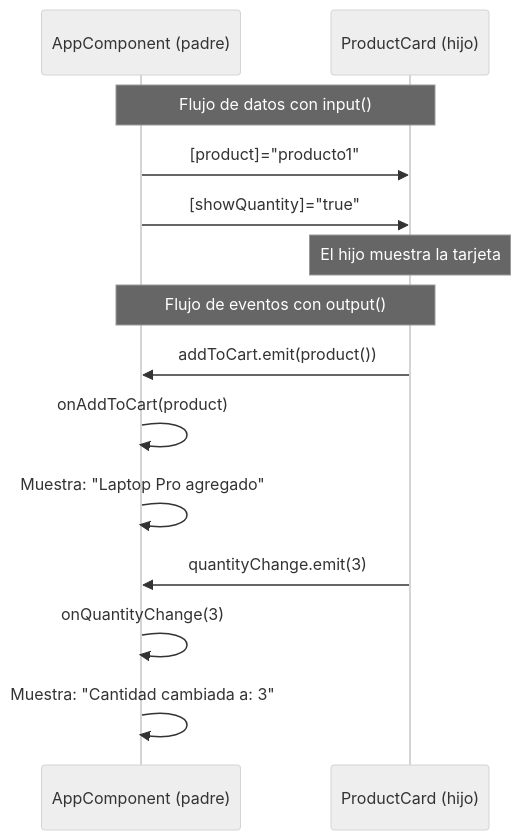
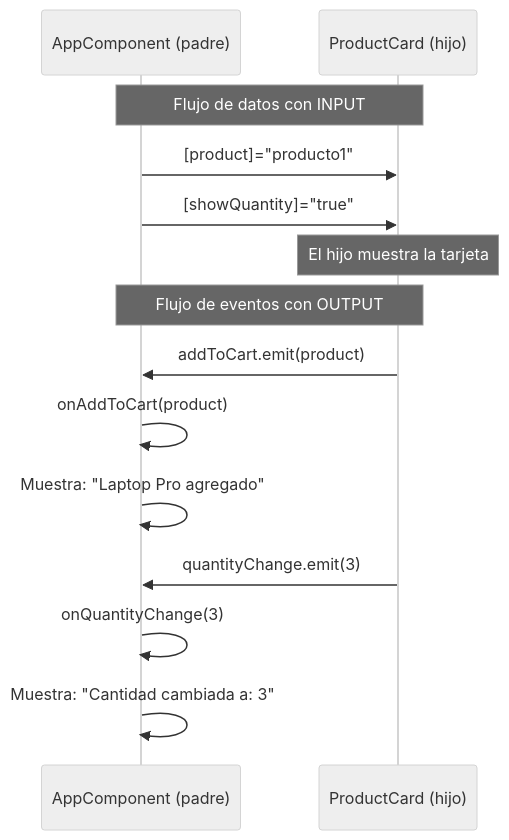
Before and after one commit to edgardo001/angular-mastery-roadmap: the seventh of 7 diagrams in 03-componentes-input/README.md, drawn with Mermaid (neutral theme). The commit also changed other lines of this file and 2 other files, not shown here.

````diff
--- a/03-componentes-input/README.md
+++ b/03-componentes-input/README.md
@@ -322,22 +322,22 @@
 ```mermaid
 sequenceDiagram
     participant P as AppComponent (padre)
     participant H as ProductCard (hijo)
 
-    Note over P,H: Flujo de datos con input()
+    Note over P,H: Flujo de datos con INPUT
 
     P->>H: [product]="producto1"
     P->>H: [showQuantity]="true"
 
     Note over H: El hijo muestra la tarjeta
 
-    Note over P,H: Flujo de eventos con output()
+    Note over P,H: Flujo de eventos con OUTPUT
 
-    H->>P: addToCart.emit(product())
+    H->>P: addToCart.emit(product)
     P->>P: onAddToCart(product)
     P->>P: Muestra: "Laptop Pro agregado"
 
     H->>P: quantityChange.emit(3)
     P->>P: onQuantityChange(3)
     P->>P: Muestra: "Cantidad cambiada a: 3"
 ```
````
